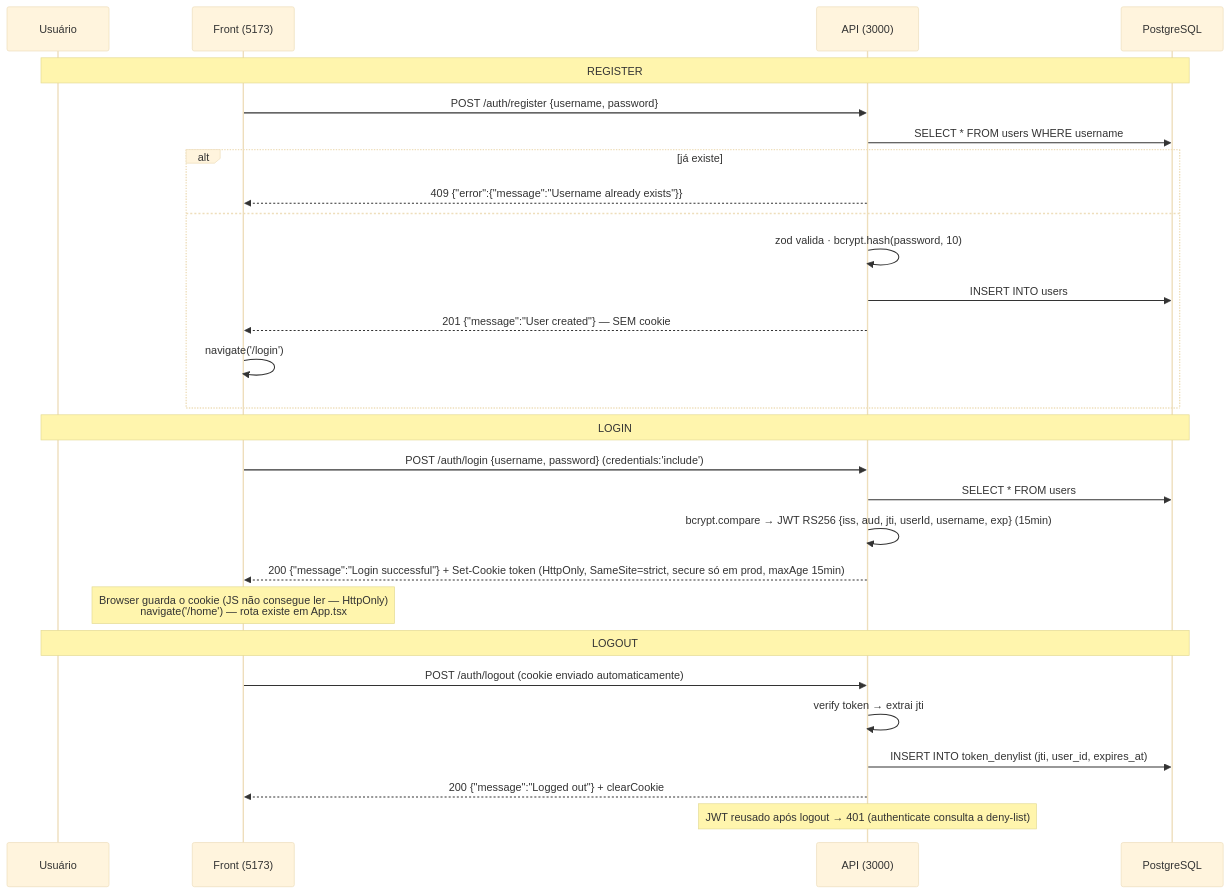
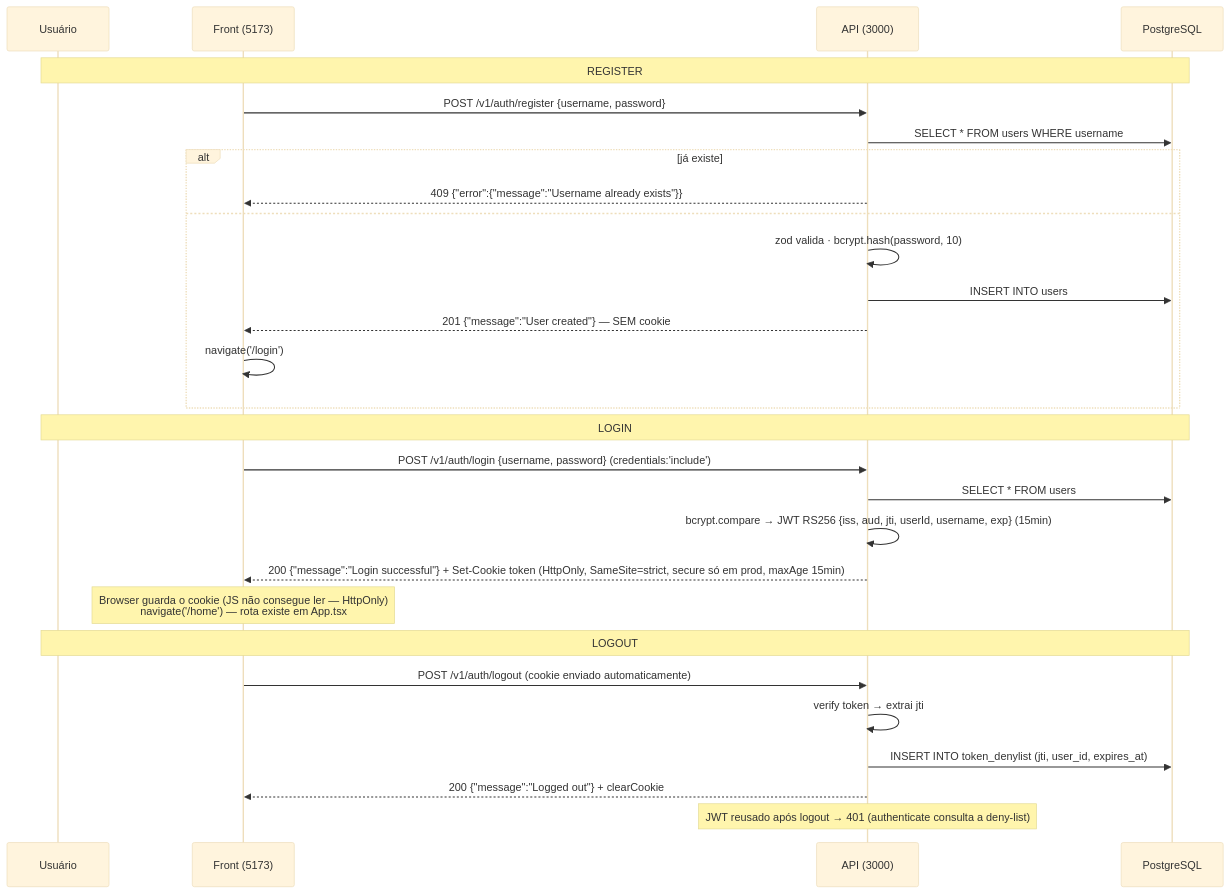
The second of 2 diagrams in back/docs/fluxos.md (Jefferson-Tenorio/api-security-in-action-typescript), drawn with Mermaid (base theme) before and after one commit. The commit also changed other lines of this file and 16 other files, not shown here.

````diff
--- a/back/docs/fluxos.md
+++ b/back/docs/fluxos.md
@@ -41,33 +41,33 @@
 ```mermaid
 sequenceDiagram
     participant U as Usuário
     participant F as Front (5173)
     participant A as API (3000)
     participant D as PostgreSQL
 
     Note over U,D: REGISTER
-    F->>A: POST /auth/register {username, password}
+    F->>A: POST /v1/auth/register {username, password}
     A->>D: SELECT * FROM users WHERE username
     alt já existe
         A-->>F: 409 {"error":{"message":"Username already exists"}}
     else
         A->>A: zod valida · bcrypt.hash(password, 10)
         A->>D: INSERT INTO users
         A-->>F: 201 {"message":"User created"} — SEM cookie
         F->>F: navigate('/login')
     end
 
     Note over U,D: LOGIN
-    F->>A: POST /auth/login {username, password} (credentials:'include')
+    F->>A: POST /v1/auth/login {username, password} (credentials:'include')
     A->>D: SELECT * FROM users
     A->>A: bcrypt.compare → JWT RS256 {iss, aud, jti, userId, username, exp} (15min)
     A-->>F: 200 {"message":"Login successful"} + Set-Cookie token (HttpOnly, SameSite=strict, secure só em prod, maxAge 15min)
     Note over F: Browser guarda o cookie (JS não consegue ler — HttpOnly)<br/>navigate('/home') — rota existe em App.tsx
 
     Note over U,D: LOGOUT
-    F->>A: POST /auth/logout (cookie enviado automaticamente)
+    F->>A: POST /v1/auth/logout (cookie enviado automaticamente)
     A->>A: verify token → extrai jti
     A->>D: INSERT INTO token_denylist (jti, user_id, expires_at)
     A-->>F: 200 {"message":"Logged out"} + clearCookie
     Note over A: JWT reusado após logout → 401 (authenticate consulta a deny-list)
 ```
````
